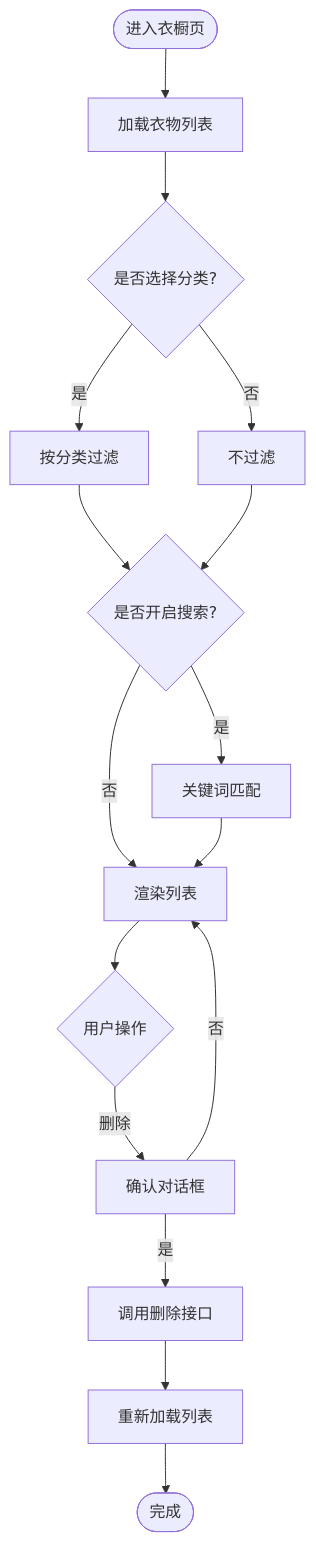
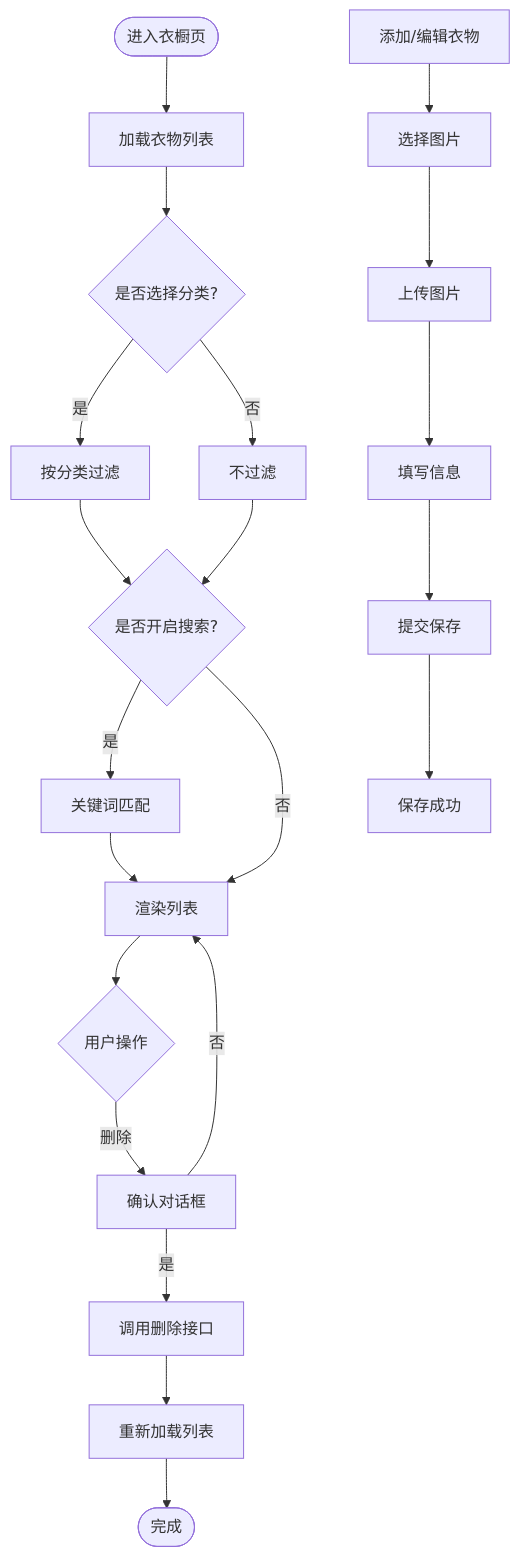
The seventh of 12 diagrams in .qoder/repowiki/zh/content/微信小程序开发/微信小程序开发.md (lsqwawa/free-dress), drawn with Mermaid before and after one commit. The commit also changed other lines of this file and 55 other files, not shown here.

````diff
--- a/.qoder/repowiki/zh/content/微信小程序开发/微信小程序开发.md
+++ b/.qoder/repowiki/zh/content/微信小程序开发/微信小程序开发.md
@@ -227,18 +398,23 @@
 ```mermaid
 flowchart TD
 Start(["进入衣橱页"]) --> Load["加载衣物列表"]
 Load --> Filter{"是否选择分类?"}
 Filter --> |是| ApplyCat["按分类过滤"]
 Filter --> |否| NoFilter["不过滤"]
 ApplyCat --> Search{"是否开启搜索?"}
 NoFilter --> Search
 Search --> |是| DoSearch["关键词匹配"]
 Search --> |否| Render["渲染列表"]
 DoSearch --> Render
 Render --> Action{"用户操作"}
 Action --> |删除| Confirm["确认对话框"]
 Confirm --> |是| Remove["调用删除接口"]
 Confirm --> |否| Render
 Remove --> Reload["重新加载列表"]
 Reload --> End(["完成"])
+AddEdit["添加/编辑衣物"] --> ChoosePhoto["选择图片"]
+ChoosePhoto --> Upload["上传图片"]
+Upload --> FillForm["填写信息"]
+FillForm --> Submit["提交保存"]
+Submit --> Success["保存成功"]
 ```
````
